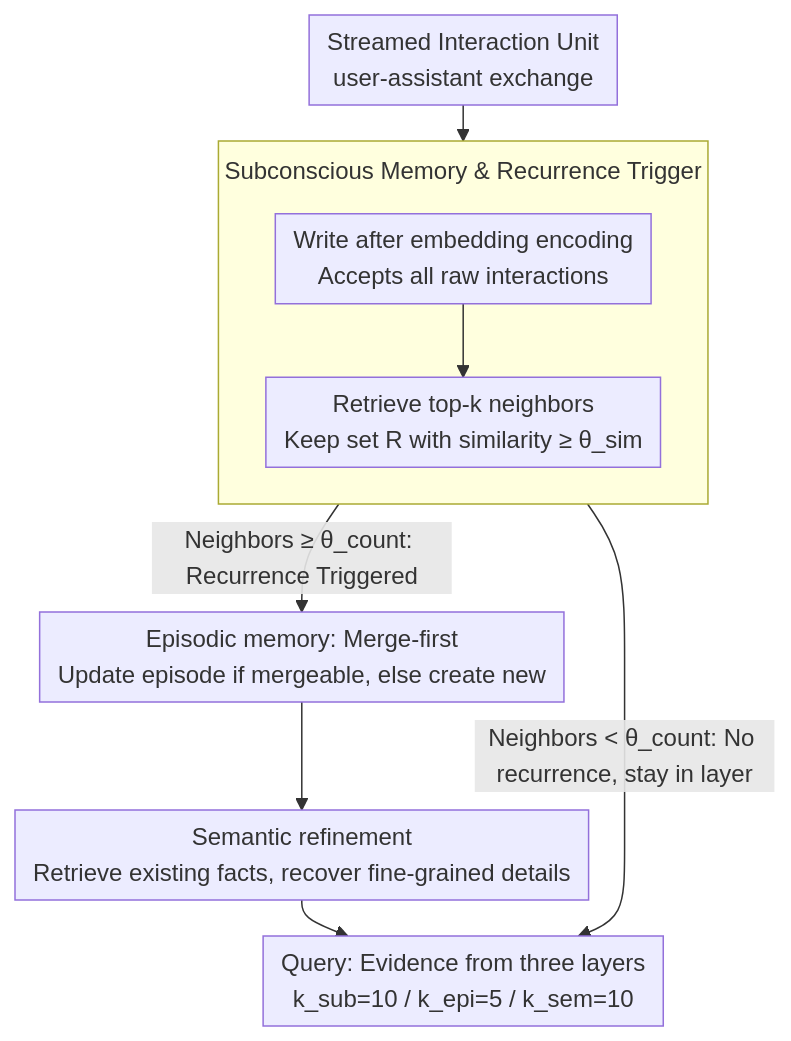
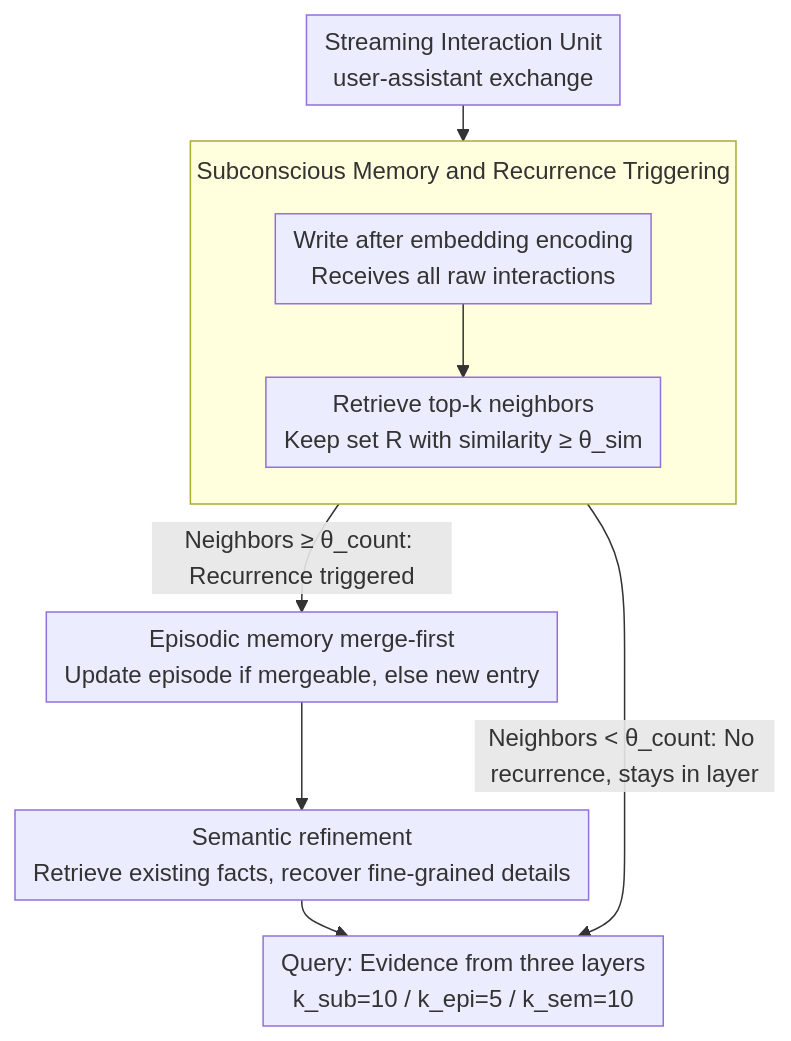
The diagram in docs/ACL2026/llm_agent/recmem_recurrence-based_memory_consolidation_for_efficient_and_effective_long-ru.md (zhaoyang97/Paper-Notes-en), drawn with Mermaid before and after one commit. The commit also changed other lines of this file and 5084 other files, not shown here.

````diff
--- a/docs/ACL2026/llm_agent/recmem_recurrence-based_memory_consolidation_for_efficient_and_effective_long-ru.md
+++ b/docs/ACL2026/llm_agent/recmem_recurrence-based_memory_consolidation_for_efficient_and_effective_long-ru.md
@@ -43,13 +43,13 @@
 ```mermaid
 %%{init: {'flowchart': {'rankSpacing': 24, 'nodeSpacing': 28, 'padding': 6, 'wrappingWidth': 400, 'subGraphTitleMargin': {'top': 8, 'bottom': 16}}}}%%
 flowchart TD
-    A["Streamed Interaction Unit<br/>user-assistant exchange"] --> SUB
-    subgraph SUB["Subconscious Memory & Recurrence Trigger"]
+    A["Streaming Interaction Unit<br/>user-assistant exchange"] --> SUB
+    subgraph SUB["Subconscious Memory and Recurrence Triggering"]
         direction TB
-        B["Write after embedding encoding<br/>Accepts all raw interactions"] --> C["Retrieve top-k neighbors<br/>Keep set R with similarity ≥ θ_sim"]
+        B["Write after embedding encoding<br/>Receives all raw interactions"] --> C["Retrieve top-k neighbors<br/>Keep set R with similarity ≥ θ_sim"]
     end
-    C -->|"Neighbors < θ_count: No recurrence, stay in layer"| Q
-    C -->|"Neighbors ≥ θ_count: Recurrence Triggered"| E["Episodic memory: Merge-first<br/>Update episode if mergeable, else create new"]
+    C -->|"Neighbors < θ_count: No recurrence, stays in layer"| Q
+    C -->|"Neighbors ≥ θ_count: Recurrence triggered"| E["Episodic memory merge-first<br/>Update episode if mergeable, else new entry"]
     E --> F["Semantic refinement<br/>Retrieve existing facts, recover fine-grained details"]
     F --> Q["Query: Evidence from three layers<br/>k_sub=10 / k_epi=5 / k_sem=10"]
 ```
````
